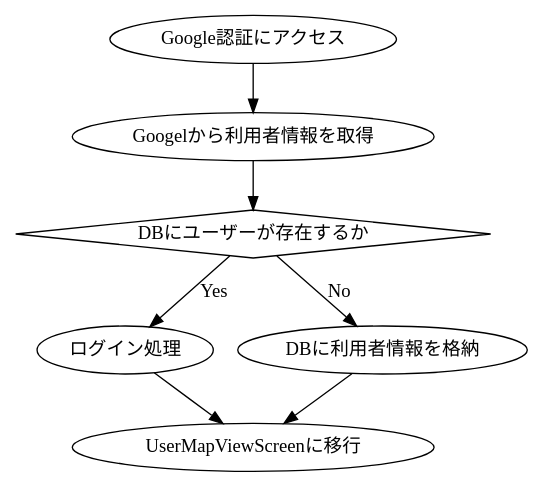
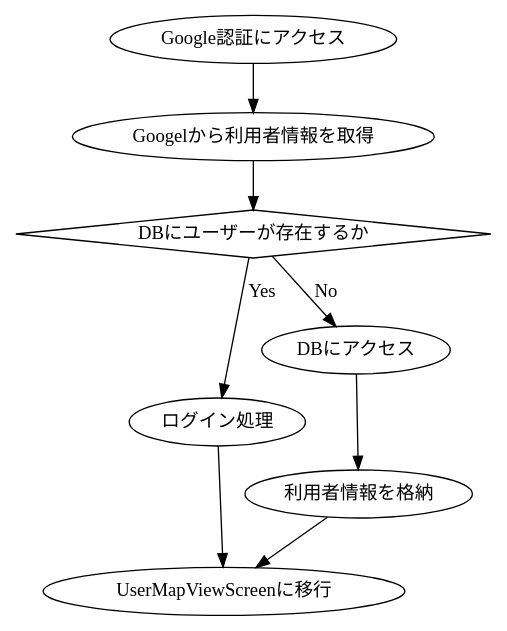
The diagram in dot/marudemaru/UserInputInformation.dot (KUT-Group12/internal_design), drawn with Graphviz before and after one commit. The commit also changed 26 other files, not shown here.

```diff
--- a/dot/marudemaru/UserInputInformation.dot
+++ b/dot/marudemaru/UserInputInformation.dot
@@ -1,18 +1,20 @@
 digraph G {
     #include "style.doth"
 
     auth[label = "Google認証にアクセス"]
     info[label = "Googelから利用者情報を取得"]
     exist[label = "DBにユーザーが存在するか", shape = diamond]
     login[label = "ログイン処理"]
-    save[label = "DBに利用者情報を格納"]
+    db[label = "DBにアクセス"]
+    save[label = "利用者情報を格納"]
     result[label = "UserMapViewScreenに移行"]
 
     auth -> info
     info -> exist
     exist -> login [label = "Yes"]
-    exist -> save [label = "No"]
+    exist -> db [label = "No"]
+    db -> save
 
     login -> result
     save -> result
 }
```
